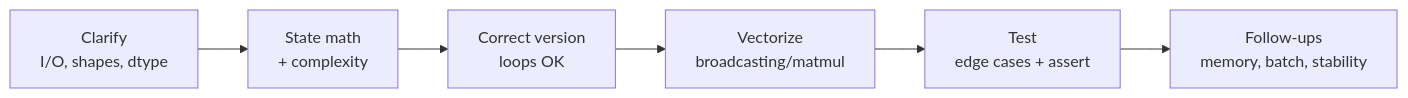
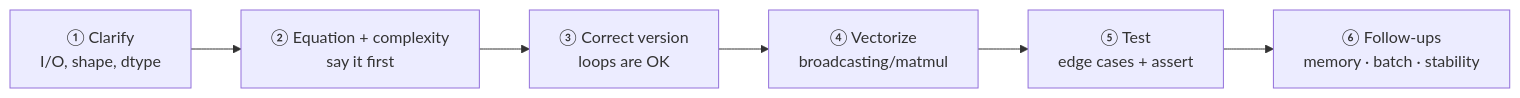
Before and after one commit to beomyoung-kim/ml_study: the diagram in content/ml-coding/intro.md, drawn with Mermaid. The commit also changed other lines of this file and 209 other files, not shown here.

````diff
--- a/content/ml-coding/intro.md
+++ b/content/ml-coding/intro.md
@@ -35,8 +71,8 @@
 ```mermaid
 flowchart LR
-  A["Clarify<br/>I/O, shapes, dtype"] --> B["State math<br/>+ complexity"]
-  B --> C["Correct version<br/>loops OK"]
-  C --> D["Vectorize<br/>broadcasting/matmul"]
-  D --> E["Test<br/>edge cases + assert"]
-  E --> F["Follow-ups<br/>memory, batch, stability"]
+  A["① Clarify<br/>I/O, shape, dtype"] --> B["② Equation + complexity<br/>say it first"]
+  B --> C["③ Correct version<br/>loops are OK"]
+  C --> D["④ Vectorize<br/>broadcasting/matmul"]
+  D --> E["⑤ Test<br/>edge cases + assert"]
+  E --> F["⑥ Follow-ups<br/>memory · batch · stability"]
 ```
````
